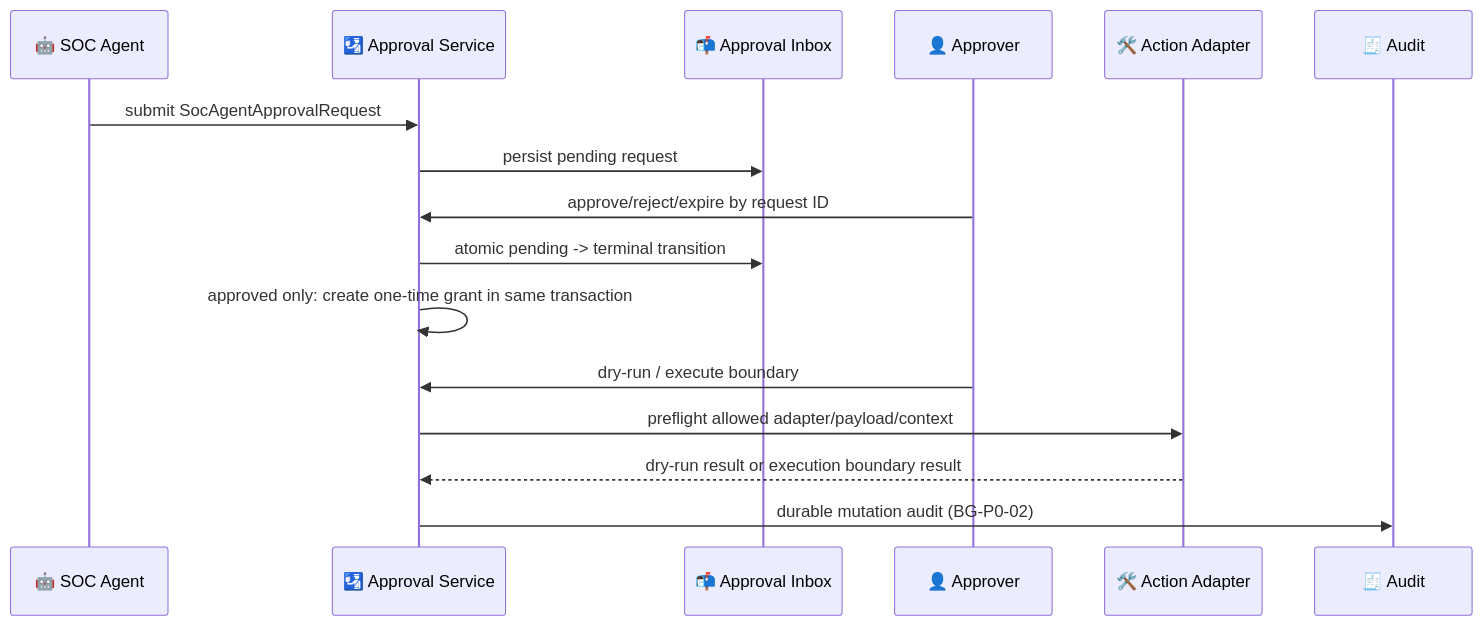
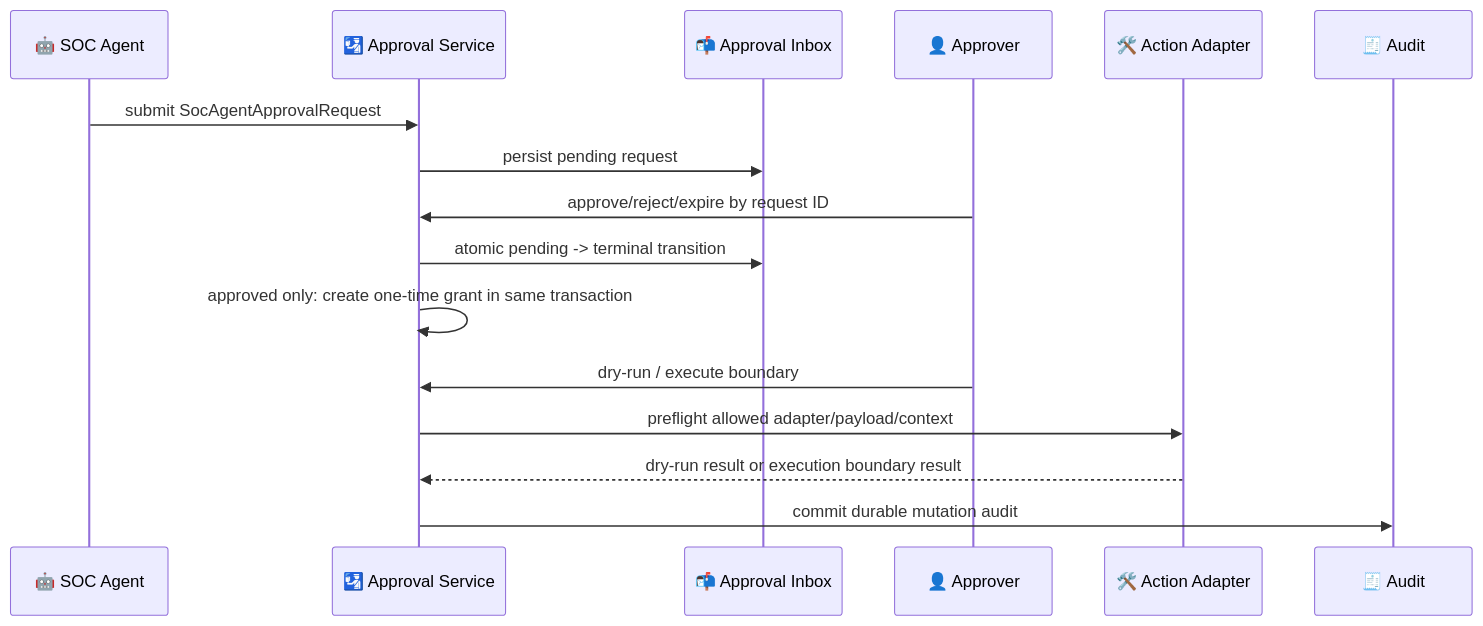
The ninth of 14 diagrams in .notes/ai_soc/soc-agent-solution.md (yydspanda/deer-flow), drawn with Mermaid before and after one commit. The commit also changed other lines of this file and 21 other files, not shown here.

````diff
--- a/.notes/ai_soc/soc-agent-solution.md
+++ b/.notes/ai_soc/soc-agent-solution.md
@@ -663,19 +672,19 @@
 ```mermaid
 sequenceDiagram
     participant Agent as 🤖 SOC Agent
     participant Approval as 🛂 Approval Service
     participant Inbox as 📬 Approval Inbox
     participant Human as 👤 Approver
     participant Adapter as 🛠️ Action Adapter
     participant Audit as 🧾 Audit
 
     Agent->>Approval: submit SocAgentApprovalRequest
     Approval->>Inbox: persist pending request
     Human->>Approval: approve/reject/expire by request ID
     Approval->>Inbox: atomic pending -> terminal transition
     Approval->>Approval: approved only: create one-time grant in same transaction
     Human->>Approval: dry-run / execute boundary
     Approval->>Adapter: preflight allowed adapter/payload/context
     Adapter-->>Approval: dry-run result or execution boundary result
-    Approval->>Audit: durable mutation audit (BG-P0-02)
+    Approval->>Audit: commit durable mutation audit
 ```
````
